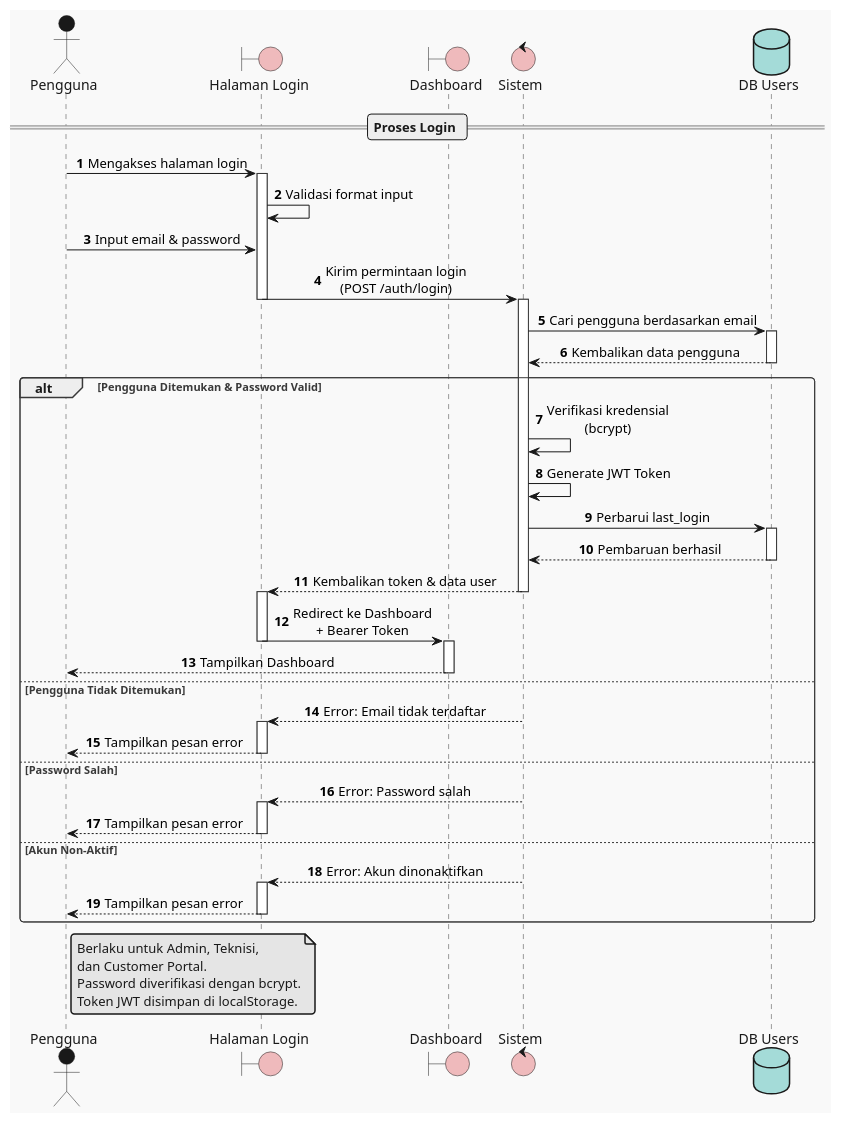
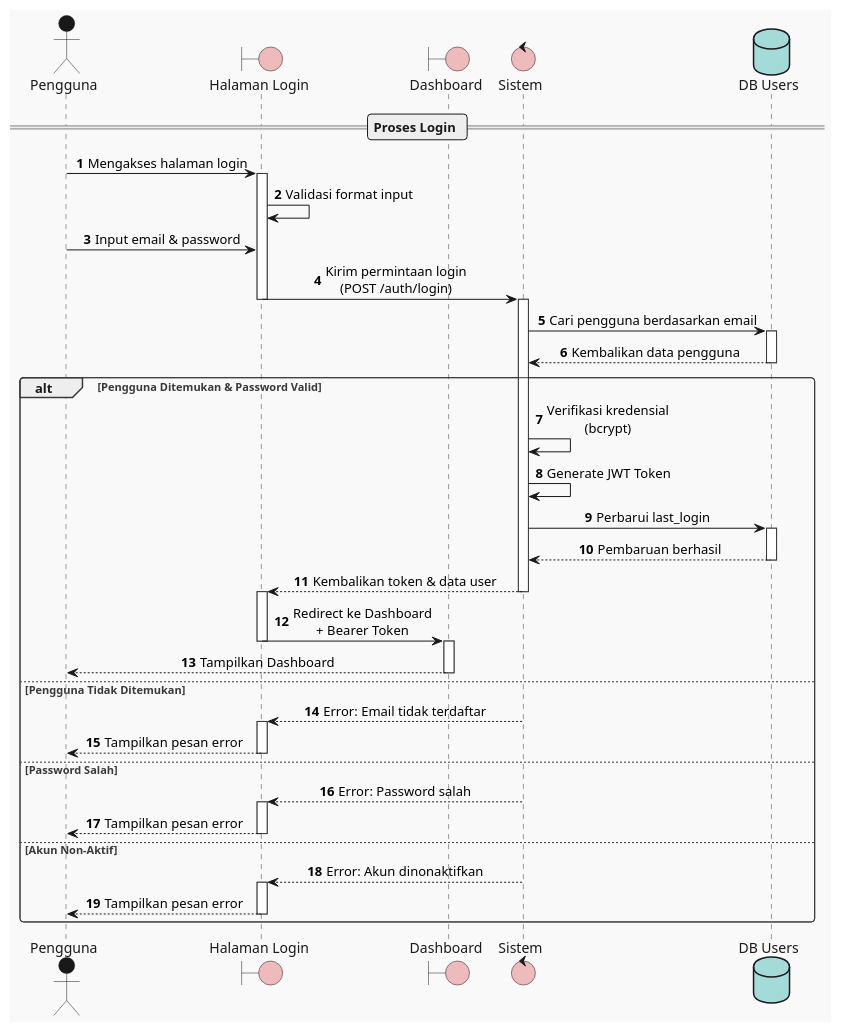
One commit to quiqxiq/mikmongo changed the diagram in diagram/sequence/auth.puml. Above: the diagram before and after it, drawn with PlantUML. The commit also changed 53 other files, not shown here.

Commit message:
activity diagram puml

```diff
--- a/diagram/sequence/auth.puml
+++ b/diagram/sequence/auth.puml
@@ -1,75 +1,68 @@
 @startuml
 !theme mars
 autonumber
 skinparam sequenceMessageAlign center
 
 actor "Pengguna" as User
 boundary "Halaman Login" as UI
 boundary "Dashboard" as Dash
 control "Sistem" as System
 database "DB Users" as DB
 
 == Proses Login ==
 
 User -> UI : Mengakses halaman login
 activate UI
 UI -> UI : Validasi format input
 User -> UI : Input email & password
 UI -> System : Kirim permintaan login\n(POST /auth/login)
 deactivate UI
 activate System
 
 System -> DB : Cari pengguna berdasarkan email
 activate DB
 DB --> System : Kembalikan data pengguna
 deactivate DB
 
 alt Pengguna Ditemukan & Password Valid
     System -> System : Verifikasi kredensial\n(bcrypt)
     System -> System : Generate JWT Token
     System -> DB : Perbarui last_login
     activate DB
     DB --> System : Pembaruan berhasil
     deactivate DB
 
     System --> UI : Kembalikan token & data user
     deactivate System
     activate UI
 
     UI -> Dash : Redirect ke Dashboard\n+ Bearer Token
     deactivate UI
     activate Dash
 
     Dash --> User : Tampilkan Dashboard
     deactivate Dash
 
 else Pengguna Tidak Ditemukan
     System --> UI : Error: Email tidak terdaftar
     deactivate System
     activate UI
     UI --> User : Tampilkan pesan error
     deactivate UI
 
 else Password Salah
     System --> UI : Error: Password salah
     deactivate System
     activate UI
     UI --> User : Tampilkan pesan error
     deactivate UI
 
 else Akun Non-Aktif
     System --> UI : Error: Akun dinonaktifkan
     deactivate System
     activate UI
     UI --> User : Tampilkan pesan error
     deactivate UI
 end
 
-note right of User
-  Berlaku untuk Admin, Teknisi,
-  dan Customer Portal.
-  Password diverifikasi dengan bcrypt.
-  Token JWT disimpan di localStorage.
-end note
-
 @enduml
```
